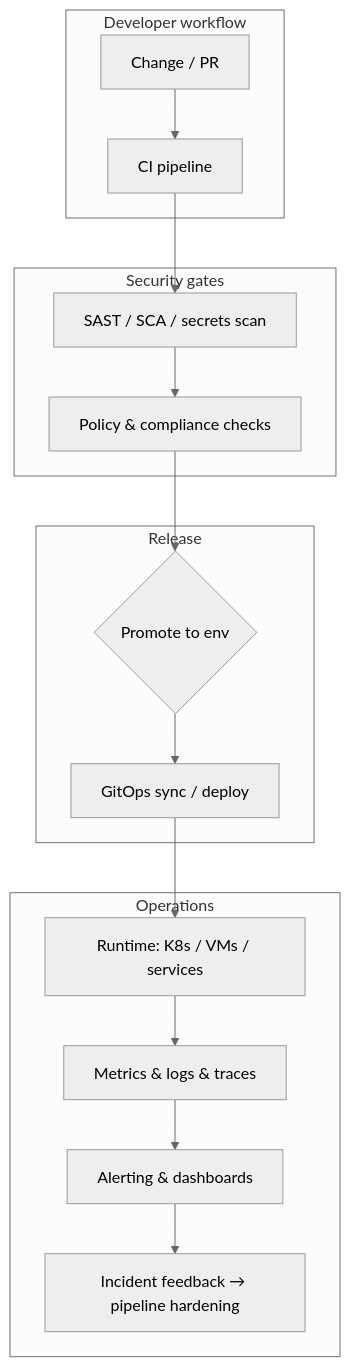
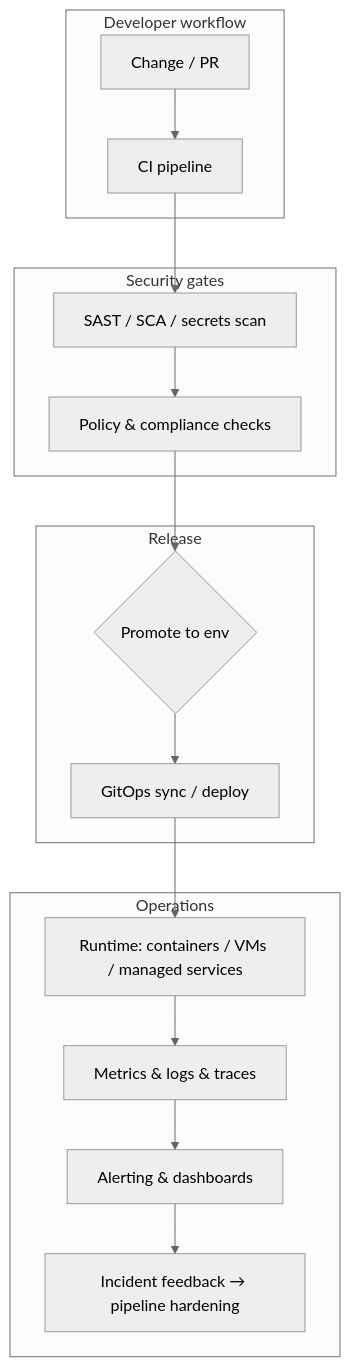
One commit to KeithOnyango/KeithOnyango changed the diagram in README.md. Above: the diagram before and after it, drawn with Mermaid (neutral theme). The commit also changed other lines of this file, not shown here.

````diff
--- a/README.md
+++ b/README.md
@@ -116,23 +121,23 @@
 ```mermaid
 flowchart TB
     subgraph Dev["Developer workflow"]
         A[Change / PR] --> B[CI pipeline]
     end
 
     subgraph Sec["Security gates"]
         B --> C[SAST / SCA / secrets scan]
         C --> D[Policy & compliance checks]
     end
 
     subgraph Rel["Release"]
         D --> E{Promote to env}
         E --> F[GitOps sync / deploy]
     end
 
     subgraph Ops["Operations"]
-        F --> G[Runtime: K8s / VMs / services]
+        F --> G[Runtime: containers / VMs / managed services]
         G --> H[Metrics & logs & traces]
         H --> I[Alerting & dashboards]
         I --> J[Incident feedback → pipeline hardening]
     end
 ```
````
